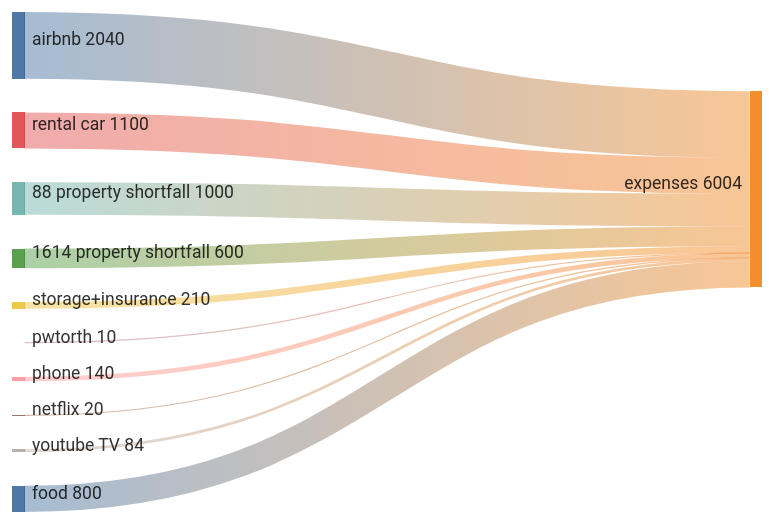
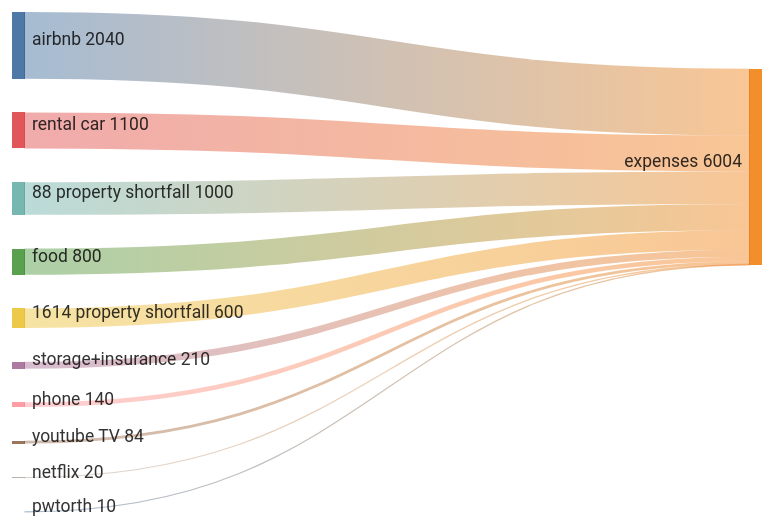
The first of 6 diagrams in README.md (sarnobat/mermaid), drawn with Mermaid before and after one commit.

````diff
--- a/README.md
+++ b/README.md
@@ -5,19 +5,18 @@
 ```mermaid
 ---
 config:
   sankey:
     showValues: true
 ---
 sankey-beta
 airbnb,expenses,2040
 rental car,expenses,1100
 88 property shortfall,expenses,1000
+food,expenses,800
 1614 property shortfall,expenses,600
 storage+insurance,expenses,210
+phone,expenses,140
+youtube TV,expenses,84
+netflix,expenses,20
 pwtorth,expenses,10
-phone,expenses,140
-netflix,expenses,20
-youtube TV,expenses,84
-food,expenses,800
-
 ```
````
